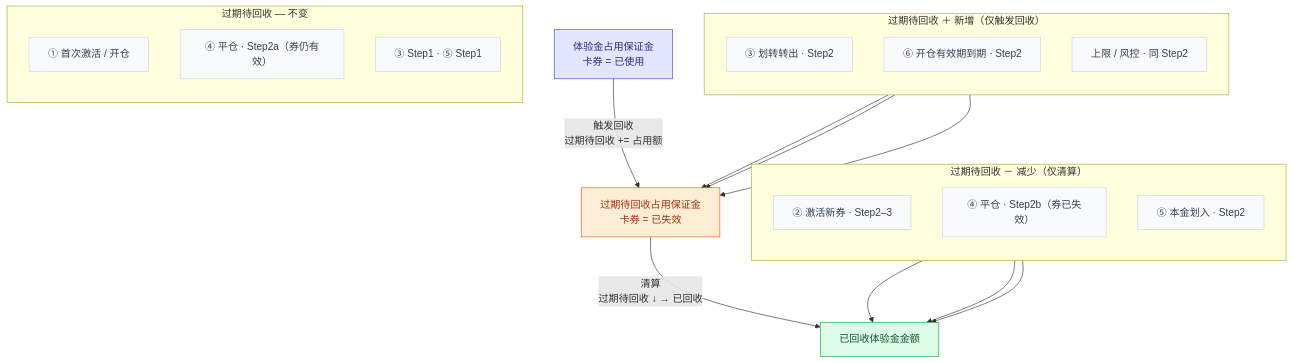
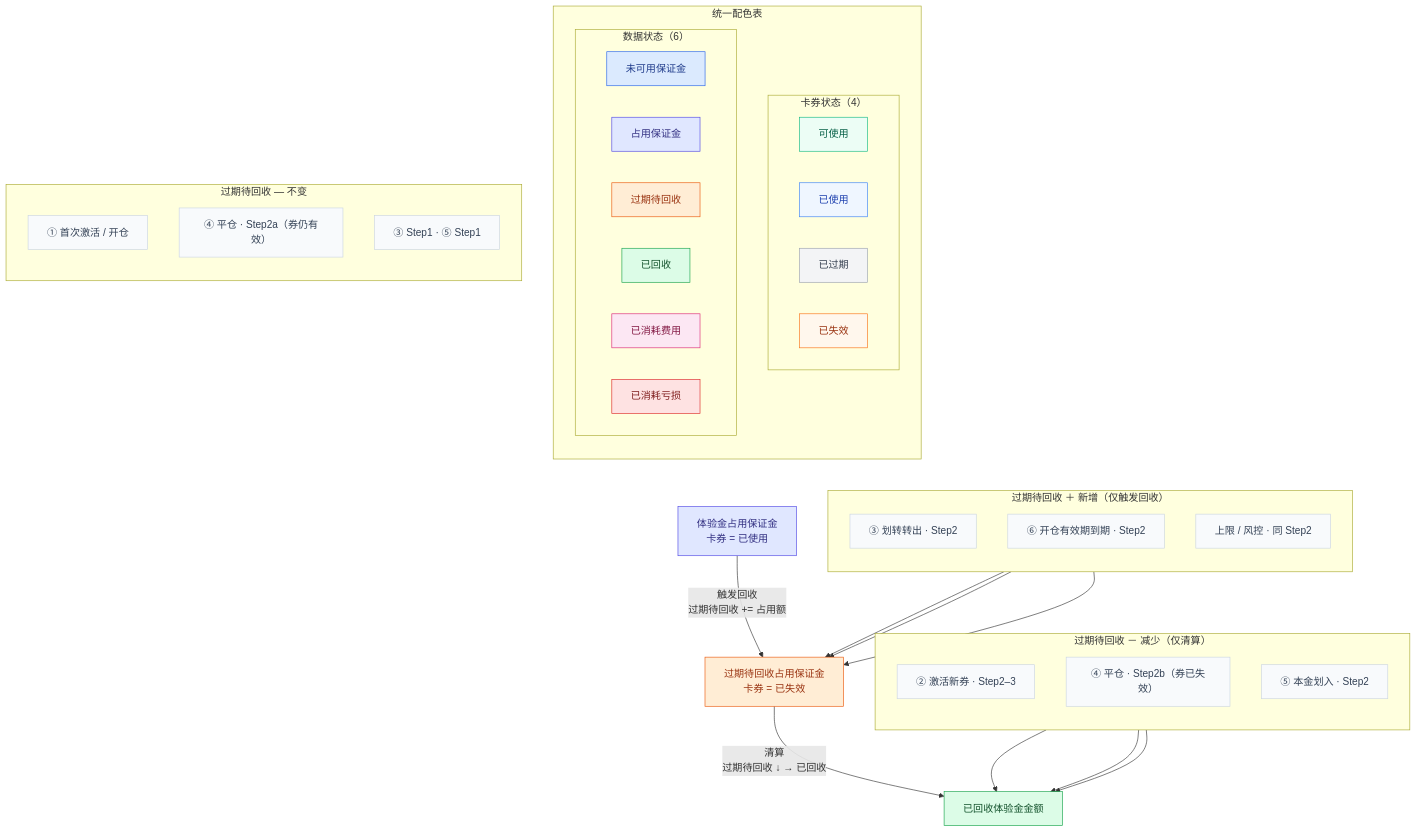
Before and after one commit to DashuaibiZZY/prototype: the diagram in perp_dex/流程图/体验金回收-过期待回收关联.mmd, drawn with Mermaid. The commit also changed 4 other files, not shown here.

Commit message:
docs: add unified color legend at top of all trial fund flowcharts

```diff
--- a/perp_dex/流程图/体验金回收-过期待回收关联.mmd
+++ b/perp_dex/流程图/体验金回收-过期待回收关联.mmd
@@ -1,49 +1,86 @@
 flowchart TB
+    subgraph LEGEND["统一配色表"]
+        direction TB
+        subgraph L_C["卡券状态（4）"]
+            direction LR
+            LC1["可使用"]
+            LC2["已使用"]
+            LC3["已过期"]
+            LC4["已失效"]
+        end
+        subgraph L_D["数据状态（6）"]
+            direction LR
+            LD1["未可用保证金"]
+            LD2["占用保证金"]
+            LD3["过期待回收"]
+            LD4["已回收"]
+            LD5["已消耗费用"]
+            LD6["已消耗亏损"]
+        end
+    end
+
     O["体验金占用保证金<br/>卡券 = 已使用"]
 
     subgraph 新增["过期待回收 ＋ 新增（仅触发回收）"]
         direction TB
         P1["③ 划转转出 · Step2"]
         P2["⑥ 开仓有效期到期 · Step2"]
         P3["上限 / 风控 · 同 Step2"]
     end
 
     PENDING["过期待回收占用保证金<br/>卡券 = 已失效"]
 
     subgraph 减少["过期待回收 － 减少（仅清算）"]
         direction TB
         M1["② 激活新券 · Step2–3"]
         M2["④ 平仓 · Step2b（券已失效）"]
         M3["⑤ 本金划入 · Step2"]
     end
 
     R["已回收体验金金额"]
 
     subgraph 不变["过期待回收 — 不变"]
         direction TB
         N1["① 首次激活 / 开仓"]
         N2["④ 平仓 · Step2a（券仍有效）"]
         N3["③ Step1 · ⑤ Step1"]
     end
 
+    LEGEND ~~~ O
+
     O -->|"触发回收<br/>过期待回收 += 占用额"| PENDING
     P1 --> PENDING
     P2 --> PENDING
     P3 --> PENDING
 
     PENDING -->|"清算<br/>过期待回收 ↓ → 已回收"| R
     M1 --> R
     M2 --> R
     M3 --> R
 
+    classDef cAvail fill:#ecfdf5,stroke:#10b981,color:#065f46
     classDef cUsed fill:#eff6ff,stroke:#3b82f6,color:#1e40af
+    classDef cExpired fill:#f3f4f6,stroke:#9ca3af,color:#374151
     classDef cInvalid fill:#fff7ed,stroke:#f97316,color:#9a3412
+    classDef dAvail fill:#dbeafe,stroke:#2563eb,color:#1e3a8a
     classDef dOcc fill:#e0e7ff,stroke:#4f46e5,color:#312e81
     classDef dPending fill:#ffedd5,stroke:#ea580c,color:#9a3412
     classDef dReclaimed fill:#dcfce7,stroke:#16a34a,color:#14532d
+    classDef dFee fill:#fce7f3,stroke:#db2777,color:#831843
+    classDef dLoss fill:#fee2e2,stroke:#dc2626,color:#7f1d1d
     classDef neutral fill:#f8fafc,stroke:#cbd5e1,color:#334155
 
+    class LC1 cAvail
+    class LC2 cUsed
+    class LC3 cExpired
+    class LC4 cInvalid
+    class LD1 dAvail
+    class LD2 dOcc
+    class LD3 dPending
+    class LD4 dReclaimed
+    class LD5 dFee
+    class LD6 dLoss
     class O dOcc
     class PENDING dPending
     class R dReclaimed
     class P1,P2,P3,M1,M2,M3,N1,N2,N3 neutral
```
